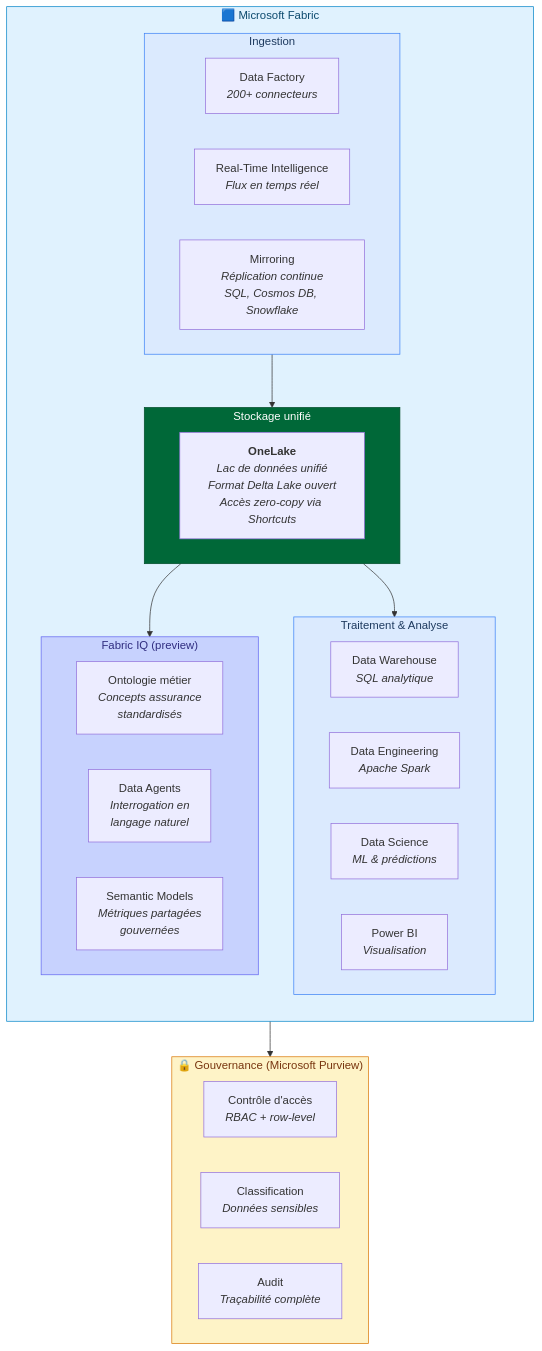
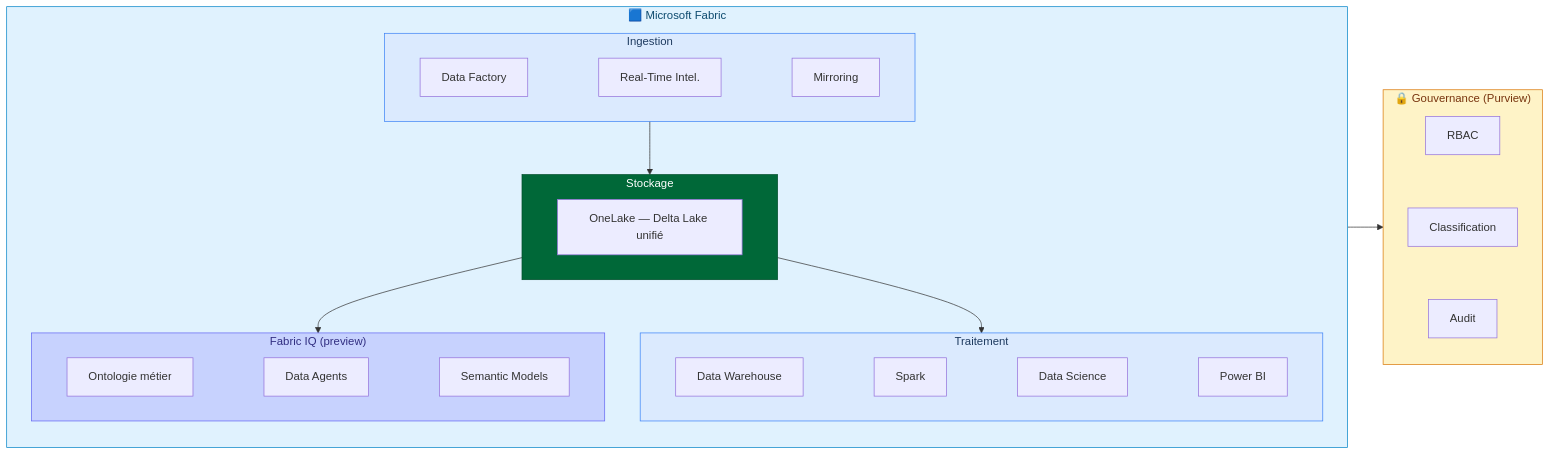
The third of 20 diagrams in docs/ARCHITECTURE-AGENTIC-V2-TARGET.md (olivMertens/WorkbenchIQ), drawn with Mermaid before and after one commit. The commit also changed other lines of this file and 6 other files, not shown here.

First line of the commit message:
Architecture docs: hybrid strategy, HITL, FAQ data locality, pipeline detail, PDF generator

````diff
--- a/docs/ARCHITECTURE-AGENTIC-V2-TARGET.md
+++ b/docs/ARCHITECTURE-AGENTIC-V2-TARGET.md
@@ -158,52 +136,29 @@
 ```mermaid
-graph TB
+graph LR
     subgraph FABRIC_FULL["🟦 Microsoft Fabric"]
-        direction TB
-
         subgraph INGESTION["Ingestion"]
-            direction LR
-            DF["Data Factory<br/><i>200+ connecteurs</i>"]
-            RT["Real-Time Intelligence<br/><i>Flux en temps réel</i>"]
-            MIRROR["Mirroring<br/><i>Réplication continue<br/>SQL, Cosmos DB, Snowflake</i>"]
+            DF["Data Factory"] ~~~ RT["Real-Time Intel."] ~~~ MIRROR["Mirroring"]
         end
-
-        subgraph STORAGE["Stockage unifié"]
-            ONELAKE["<b>OneLake</b><br/><i>Lac de données unifié<br/>Format Delta Lake ouvert<br/>Accès zero-copy via Shortcuts</i>"]
+        subgraph STORAGE["Stockage"]
+            ONELAKE["OneLake — Delta Lake unifié"]
         end
-
-        subgraph COMPUTE["Traitement & Analyse"]
-            direction LR
-            DW["Data Warehouse<br/><i>SQL analytique</i>"]
-            DE["Data Engineering<br/><i>Apache Spark</i>"]
-            DS["Data Science<br/><i>ML & prédictions</i>"]
-            PBI["Power BI<br/><i>Visualisation</i>"]
+        subgraph COMPUTE["Traitement"]
+            DW["Data Warehouse"] ~~~ DE["Spark"] ~~~ DS["Data Science"] ~~~ PBI["Power BI"]
         end
-
         subgraph IQ_LAYER["Fabric IQ (preview)"]
-            direction LR
-            ONTO["Ontologie métier<br/><i>Concepts assurance<br/>standardisés</i>"]
-            DA["Data Agents<br/><i>Interrogation en<br/>langage naturel</i>"]
-            SEM["Semantic Models<br/><i>Métriques partagées<br/>gouvernées</i>"]
+            ONTO["Ontologie métier"] ~~~ DA["Data Agents"] ~~~ SEM["Semantic Models"]
         end
-
-        INGESTION --> STORAGE
-        STORAGE --> COMPUTE
+        INGESTION --> STORAGE --> COMPUTE
         STORAGE --> IQ_LAYER
     end
-
-    subgraph GOVERNANCE["🔒 Gouvernance (Microsoft Purview)"]
-        direction LR
-        GOV1["Contrôle d'accès<br/><i>RBAC + row-level</i>"]
-        GOV2["Classification<br/><i>Données sensibles</i>"]
-        GOV3["Audit<br/><i>Traçabilité complète</i>"]
+    subgraph GOVERNANCE["🔒 Gouvernance (Purview)"]
+        GOV1["RBAC"] ~~~ GOV2["Classification"] ~~~ GOV3["Audit"]
     end
-
     FABRIC_FULL --> GOVERNANCE
-
     style FABRIC_FULL fill:#e0f2fe,stroke:#0284c7,color:#0c4a6e
     style INGESTION fill:#dbeafe,stroke:#3b82f6,color:#1e3a5f
     style STORAGE fill:#006838,stroke:#004d2a,color:#fff
     style COMPUTE fill:#dbeafe,stroke:#3b82f6,color:#1e3a5f
     style IQ_LAYER fill:#c7d2fe,stroke:#6366f1,color:#312e81
     style GOVERNANCE fill:#fef3c7,stroke:#d97706,color:#78350f
 ```
````
